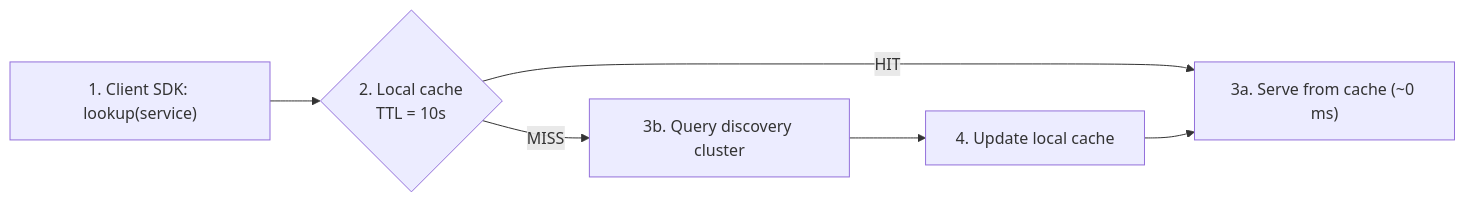
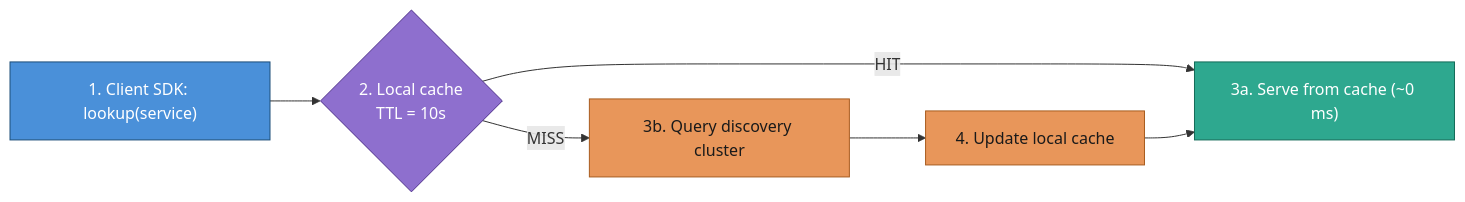
Before and after one commit to Pratyush576/CodingPractice: the sixth of 10 diagrams in lib/src/main/java/org/pk/practices/design/servicediscovery/DESIGN.md, drawn with Mermaid. The commit also changed other lines of this file and 5 other files, not shown here.

Commit message:
Enhanced the diagrams

````diff
--- a/lib/src/main/java/org/pk/practices/design/servicediscovery/DESIGN.md
+++ b/lib/src/main/java/org/pk/practices/design/servicediscovery/DESIGN.md
@@ -322,7 +354,16 @@
 ```mermaid
 flowchart LR
     Q["1. Client SDK: lookup(service)"] --> Cache{"2. Local cache<br/>TTL = 10s"}
     Cache -->|HIT| Fast["3a. Serve from cache (~0 ms)"]
     Cache -->|MISS| Query["3b. Query discovery cluster"]
     Query --> Update["4. Update local cache"] --> Fast
+
+    classDef client fill:#4a90d9,stroke:#1c4e78,color:#ffffff
+    classDef decision fill:#8e6fce,stroke:#4d2e8a,color:#ffffff
+    classDef fast fill:#2ea88f,stroke:#146b58,color:#ffffff
+    classDef slow fill:#e8965a,stroke:#a85c1f,color:#1a1a1a
+    class Q client
+    class Cache decision
+    class Fast fast
+    class Query,Update slow
 ```
````
